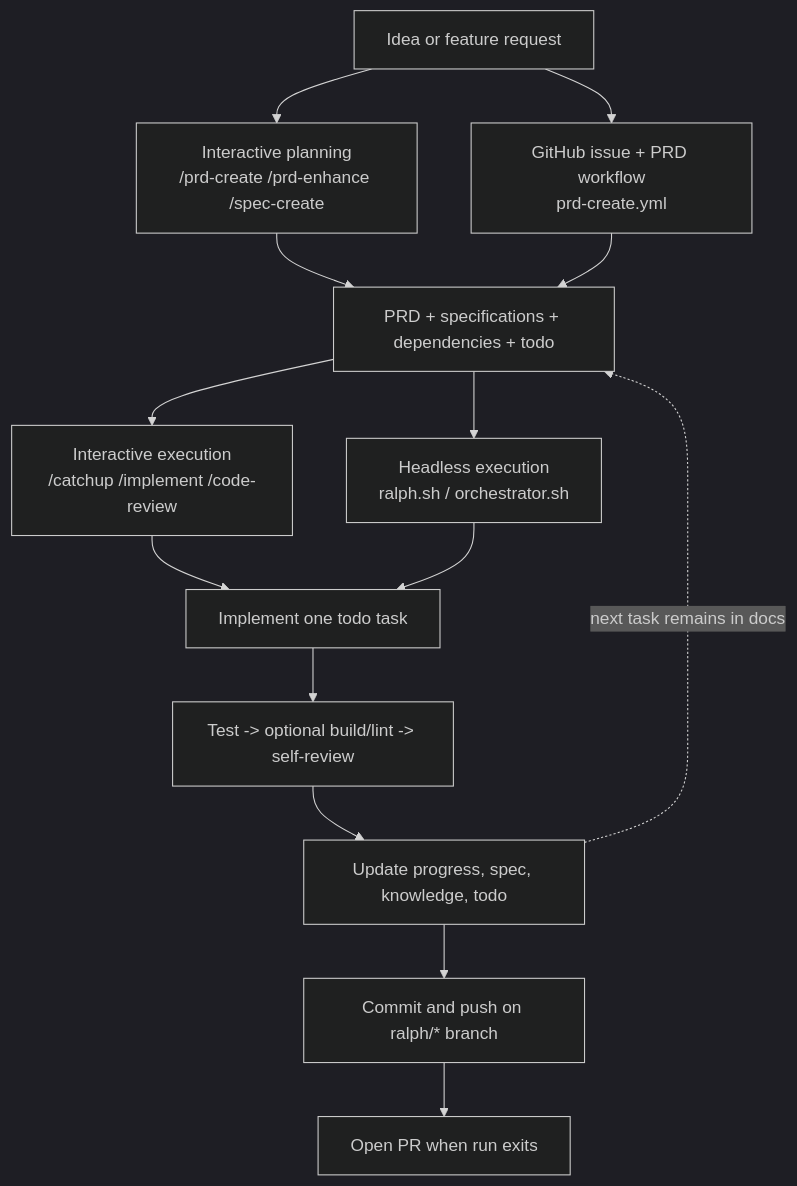
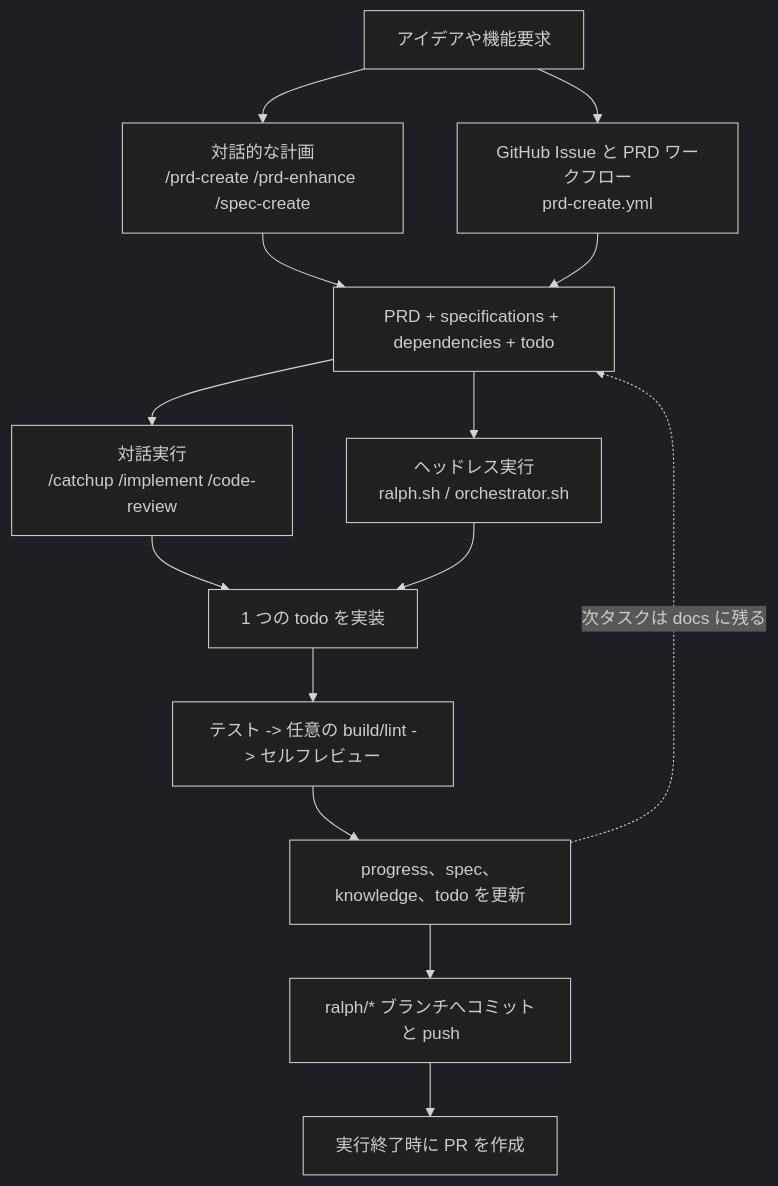
One commit to peintangos/ralph-matsuo changed the diagram in README.md. Above: the diagram before and after it, drawn with Mermaid (dark theme). The commit also changed other lines of this file and 18 other files, not shown here.

````diff
--- a/README.md
+++ b/README.md
@@ -41,28 +52,28 @@
 ```mermaid
 flowchart TD
-    A[Idea or feature request]
-    B[Interactive planning<br/>/prd-create /prd-enhance /spec-create]
-    C[GitHub issue + PRD workflow<br/>prd-create.yml]
+    A[アイデアや機能要求]
+    B[対話的な計画<br/>/prd-create /prd-enhance /spec-create]
+    C[GitHub Issue と PRD ワークフロー<br/>prd-create.yml]
     D[PRD + specifications + dependencies + todo]
-    E[Interactive execution<br/>/catchup /implement /code-review]
-    F[Headless execution<br/>ralph.sh / orchestrator.sh]
-    G[Implement one todo task]
-    H[Test -> optional build/lint -> self-review]
-    I[Update progress, spec, knowledge, todo]
-    J[Commit and push on ralph/* branch]
-    K[Open PR when run exits]
+    E[対話実行<br/>/catchup /implement /code-review]
+    F[ヘッドレス実行<br/>ralph.sh / orchestrator.sh]
+    G[1 つの todo を実装]
+    H[テスト -> 任意の build/lint -> セルフレビュー]
+    I[progress、spec、knowledge、todo を更新]
+    J[ralph/* ブランチへコミットと push]
+    K[実行終了時に PR を作成]
 
     A --> B
     A --> C
     B --> D
     C --> D
     D --> E
     D --> F
     E --> G
     F --> G
     G --> H
     H --> I
     I --> J
     J --> K
-    I -. next task remains in docs .-> D
+    I -. 次タスクは docs に残る .-> D
 ```
````
